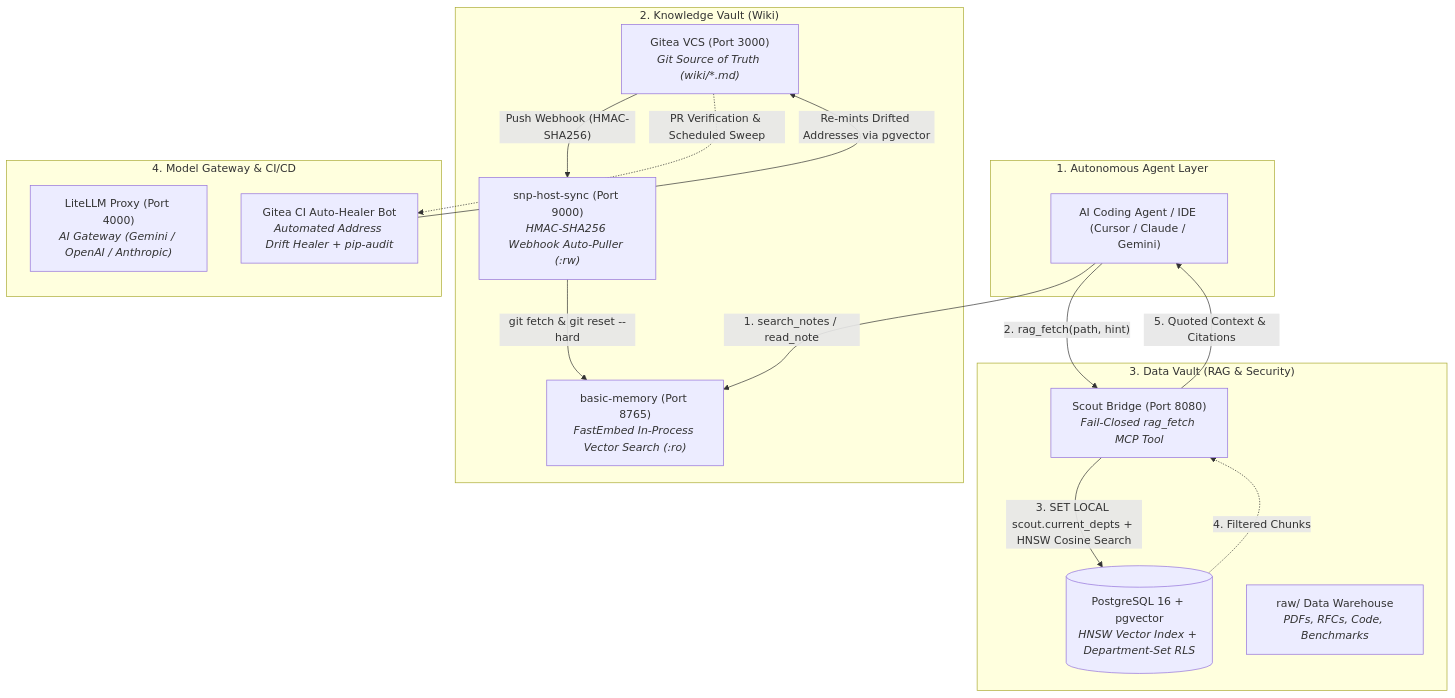
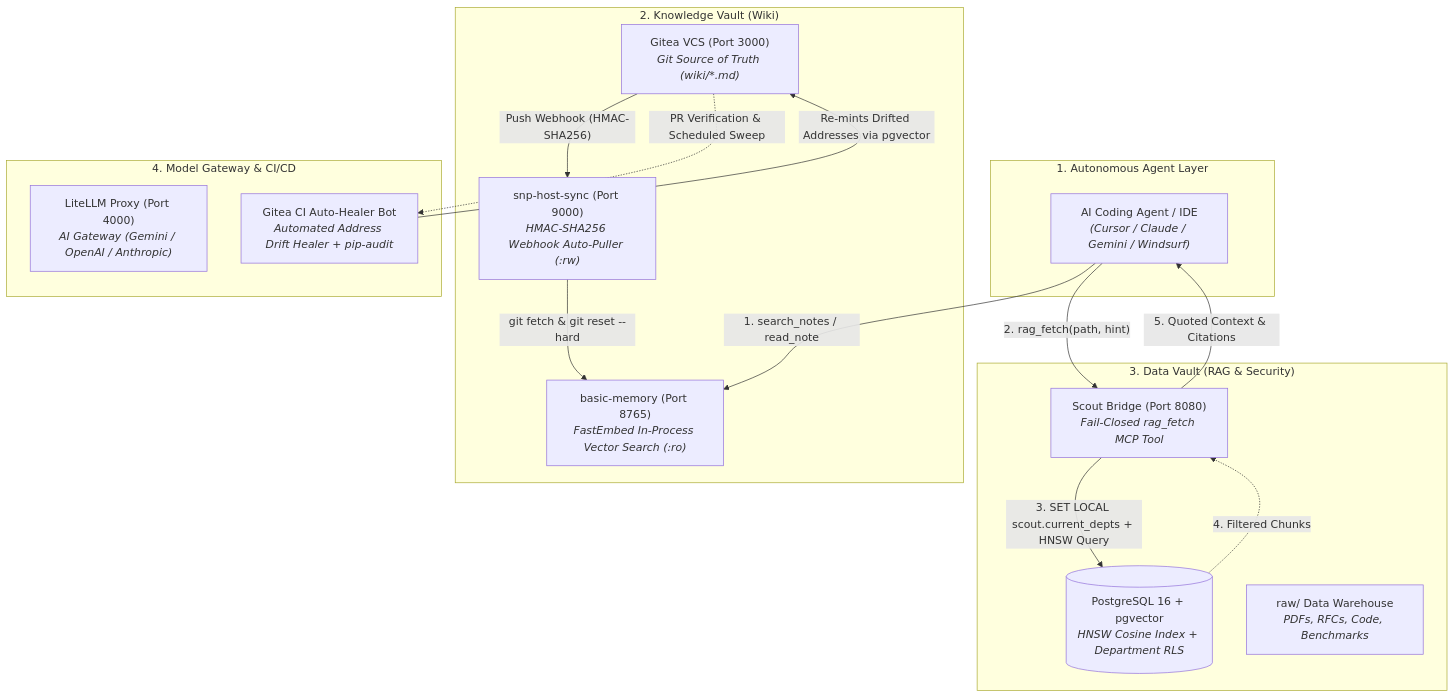
One commit to saltless-bruh/memory-system changed the diagram in README.md. Above: the diagram before and after it, drawn with Mermaid. The commit also changed other lines of this file and 14 other files, not shown here.

Commit message:
feat(v2): finalize V2 migration, purge legacy V1, promote scout.vault, and update agent skills & documentation

````diff
--- a/README.md
+++ b/README.md
@@ -21,34 +56,34 @@
 ```mermaid
 graph TD
     subgraph Agent_Layer ["1. Autonomous Agent Layer"]
-        Agent["AI Coding Agent / IDE (Cursor / Claude / Gemini)"]
+        Agent["AI Coding Agent / IDE<br><i>(Cursor / Claude / Gemini / Windsurf)</i>"]
     end
 
     subgraph Knowledge_Layer ["2. Knowledge Vault (Wiki)"]
         BM["basic-memory (Port 8765)<br><i>FastEmbed In-Process Vector Search (:ro)</i>"]
         Gitea["Gitea VCS (Port 3000)<br><i>Git Source of Truth (wiki/*.md)</i>"]
         HostSync["snp-host-sync (Port 9000)<br><i>HMAC-SHA256 Webhook Auto-Puller (:rw)</i>"]
     end
 
     subgraph Data_Layer ["3. Data Vault (RAG & Security)"]
         Scout["Scout Bridge (Port 8080)<br><i>Fail-Closed rag_fetch MCP Tool</i>"]
-        PG[("PostgreSQL 16 + pgvector<br><i>HNSW Vector Index + Department-Set RLS</i>")]
+        PG[("PostgreSQL 16 + pgvector<br><i>HNSW Cosine Index + Department RLS</i>")]
         RawDocs["raw/ Data Warehouse<br><i>PDFs, RFCs, Code, Benchmarks</i>"]
     end
 
     subgraph Gateway_Layer ["4. Model Gateway & CI/CD"]
         LiteLLM["LiteLLM Proxy (Port 4000)<br><i>AI Gateway (Gemini / OpenAI / Anthropic)</i>"]
         HealerBot["Gitea CI Auto-Healer Bot<br><i>Automated Address Drift Healer + pip-audit</i>"]
     end
 
     Agent -- "1. search_notes / read_note" --> BM
     Agent -- "2. rag_fetch(path, hint)" --> Scout
-    Scout -- "3. SET LOCAL scout.current_depts + HNSW Cosine Search" --> PG
+    Scout -- "3. SET LOCAL scout.current_depts + HNSW Query" --> PG
     PG -. "4. Filtered Chunks" .-> Scout
     Scout -- "5. Quoted Context & Citations" --> Agent
 
     Gitea -- "Push Webhook (HMAC-SHA256)" --> HostSync
     HostSync -- "git fetch & git reset --hard" --> BM
     Gitea -. "PR Verification & Scheduled Sweep" .-> HealerBot
     HealerBot -- "Re-mints Drifted Addresses via pgvector" --> Gitea
 ```
````
